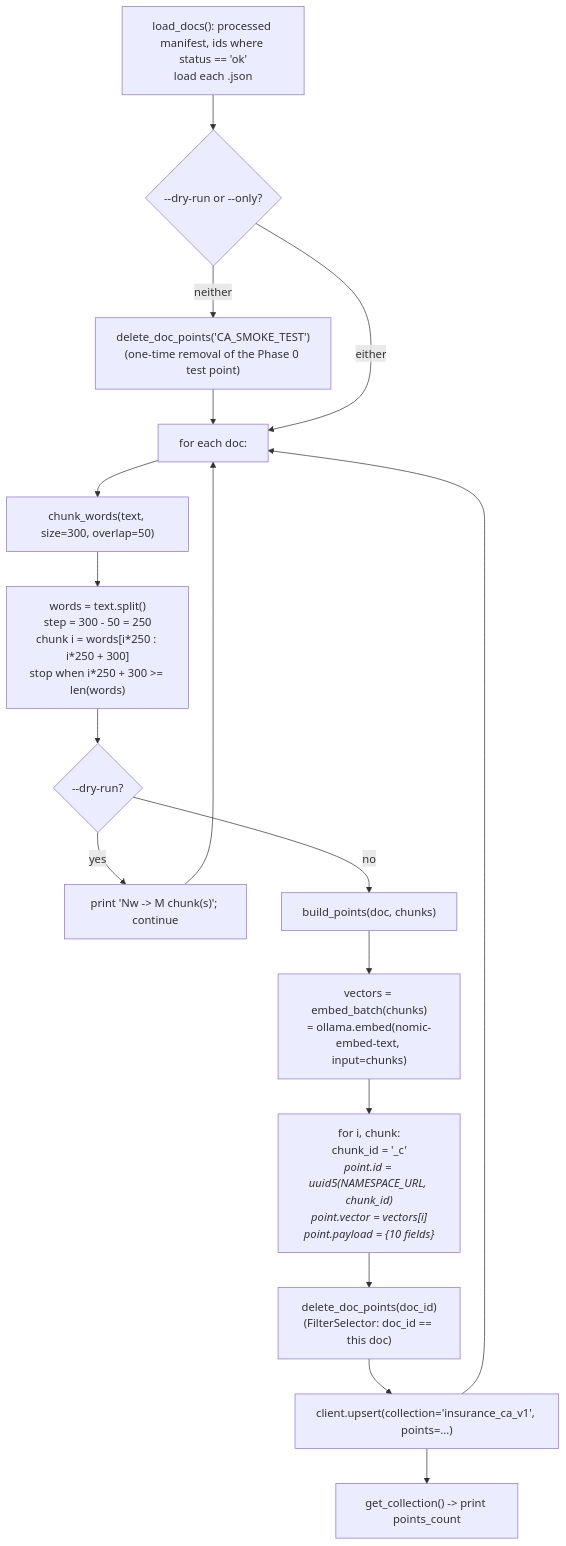
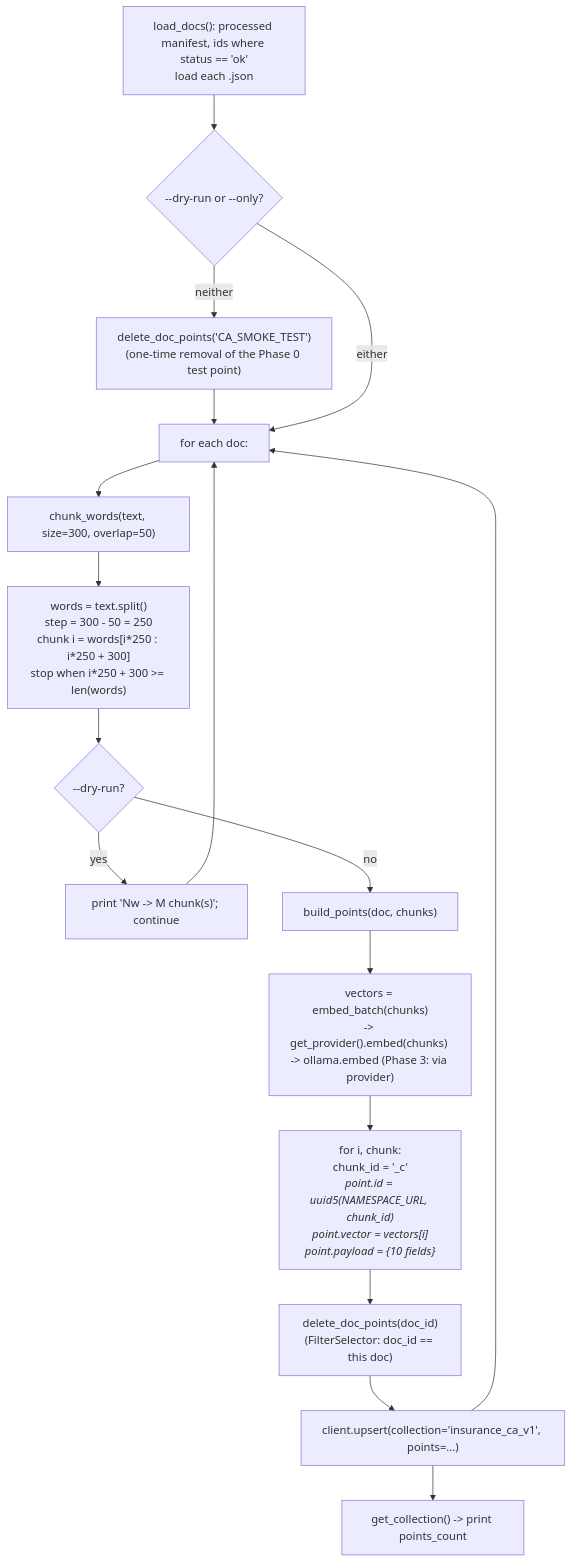
The fifth of 6 diagrams in docs/pipeline.md (ashishrahate/insurance-rag), drawn with Mermaid before and after one commit. The commit also changed other lines of this file and 11 other files, not shown here.

````diff
--- a/docs/pipeline.md
+++ b/docs/pipeline.md
@@ -327,19 +330,19 @@
 ```mermaid
 flowchart TD
     A["load_docs(): processed manifest, ids where status == 'ok'\nload each <doc_id>.json"] --> B{"--dry-run or --only?"}
     B -- "neither" --> B1["delete_doc_points('CA_SMOKE_TEST')\n(one-time removal of the Phase 0 test point)"]
     B1 --> C
     B -- "either" --> C["for each doc:"]
     C --> D["chunk_words(text, size=300, overlap=50)"]
     D --> D1["words = text.split()\nstep = 300 - 50 = 250\nchunk i = words[i*250 : i*250 + 300]\nstop when i*250 + 300 >= len(words)"]
     D1 --> E{"--dry-run?"}
     E -- yes --> E1["print 'Nw -> M chunk(s)'; continue"]
     E -- no --> F["build_points(doc, chunks)"]
-    F --> F1["vectors = embed_batch(chunks)\n= ollama.embed(nomic-embed-text, input=chunks)"]
+    F --> F1["vectors = embed_batch(chunks)\n-> get_provider().embed(chunks) -> ollama.embed (Phase 3: via provider)"]
     F1 --> F2["for i, chunk:\nchunk_id = '<doc_id>_c<i>'\npoint.id = uuid5(NAMESPACE_URL, chunk_id)\npoint.vector = vectors[i]\npoint.payload = {10 fields}"]
     F2 --> G["delete_doc_points(doc_id)\n(FilterSelector: doc_id == this doc)"]
     G --> H["client.upsert(collection='insurance_ca_v1', points=...)"]
     H --> C
     E1 --> C
     H --> I["get_collection() -> print points_count"]
 ```
````
